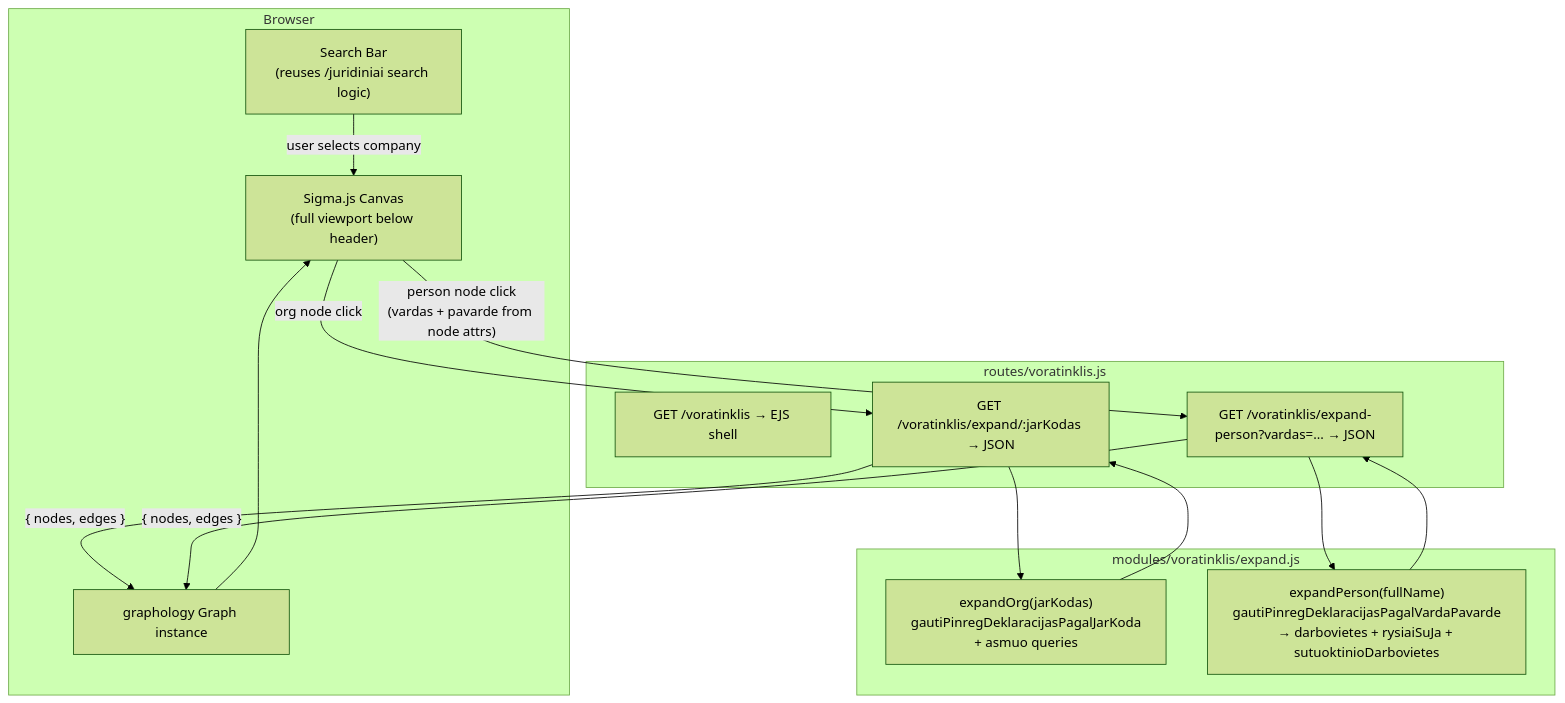
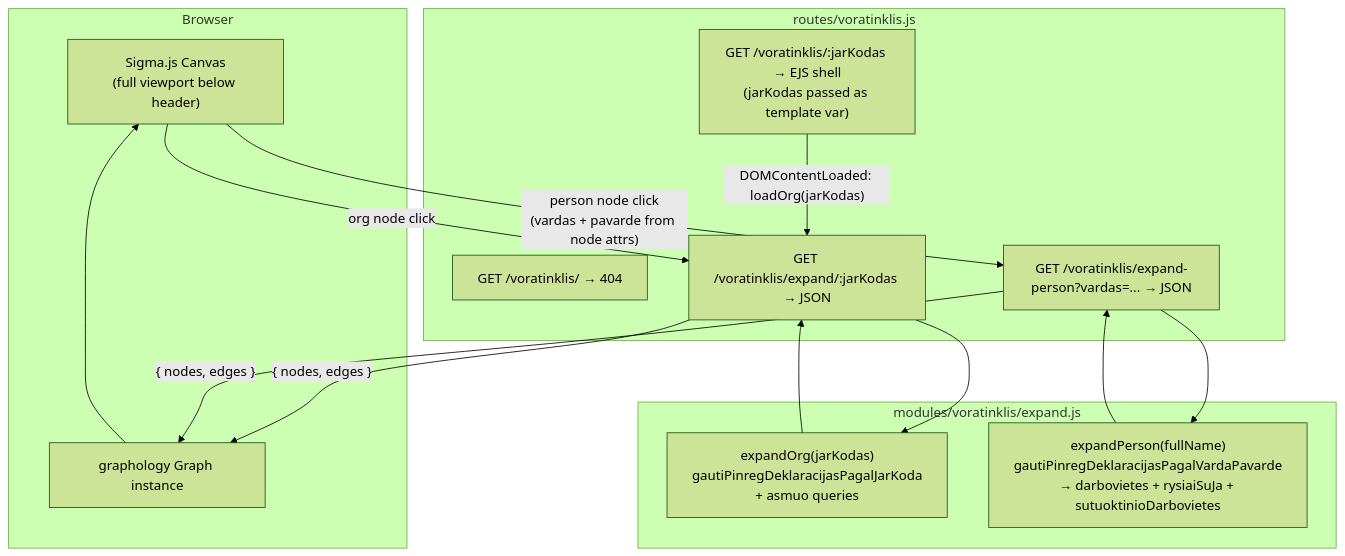
Before and after one commit to Viespirkiu-grupe/viespirkiai: the first of 2 diagrams in docs/VORATINKLIS.md, drawn with Mermaid (forest theme). The commit also changed other lines of this file and 1 other file, not shown here.

First line of the commit message:
Add interactive Voratinklis page with Sigma.js graph and direct URL support

````diff
--- a/docs/VORATINKLIS.md
+++ b/docs/VORATINKLIS.md
@@ -169,28 +174,28 @@
 ```mermaid
 graph TD
     subgraph Browser
-        SearchBar["Search Bar\n(reuses /juridiniai search logic)"]
         SigmaCanvas["Sigma.js Canvas\n(full viewport below header)"]
         GraphStore["graphology Graph instance"]
     end
 
     subgraph "routes/voratinklis.js"
-        PageRoute["GET /voratinklis → EJS shell"]
+        PageRoute["GET /voratinklis/:jarKodas → EJS shell\n(jarKodas passed as template var)"]
+        NotFoundRoute["GET /voratinklis/ → 404"]
         ExpandOrgAPI["GET /voratinklis/expand/:jarKodas → JSON"]
         ExpandPersonAPI["GET /voratinklis/expand-person?vardas=... → JSON"]
     end
 
     subgraph "modules/voratinklis/expand.js"
         ExpandOrg["expandOrg(jarKodas)\ngautiPinregDeklaracijasPagalJarKoda\n+ asmuo queries"]
         ExpandPerson["expandPerson(fullName)\ngautiPinregDeklaracijasPagalVardaPavarde\n→ darbovietes + rysiaiSuJa + sutuoktinioDarbovietes"]
     end
 
-    SearchBar -->|" user selects company "| SigmaCanvas
+    PageRoute -->|"DOMContentLoaded: loadOrg(jarKodas)"| ExpandOrgAPI
     SigmaCanvas -->|" org node click "| ExpandOrgAPI
     SigmaCanvas -->|" person node click\n(vardas + pavarde from node attrs) "| ExpandPersonAPI
     ExpandOrgAPI --> ExpandOrg --> ExpandOrgAPI
     ExpandPersonAPI --> ExpandPerson --> ExpandPersonAPI
     ExpandOrgAPI -->|" { nodes, edges } "| GraphStore
     ExpandPersonAPI -->|" { nodes, edges } "| GraphStore
     GraphStore --> SigmaCanvas
 ```
````
